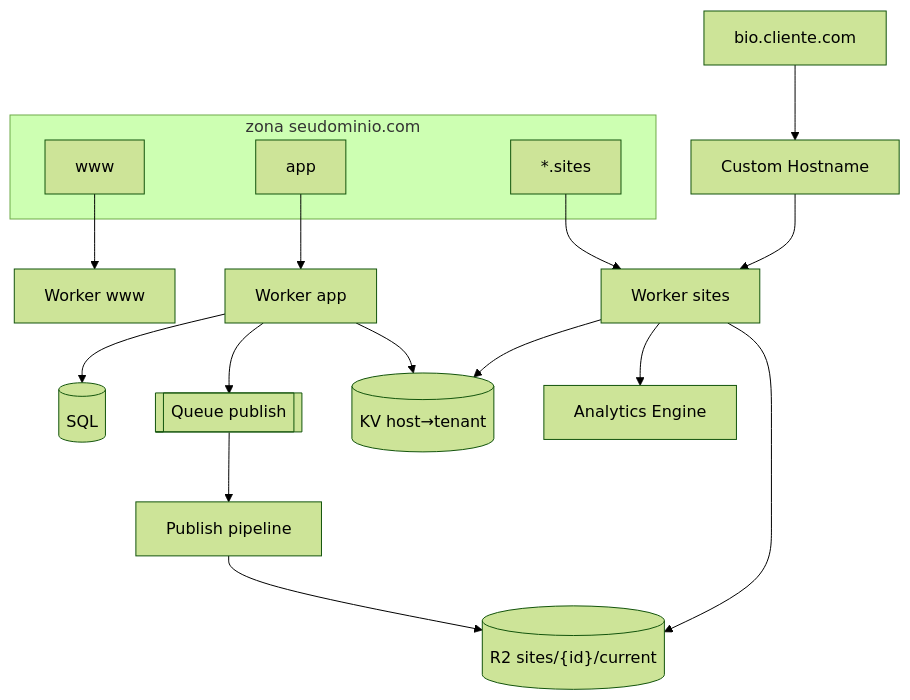
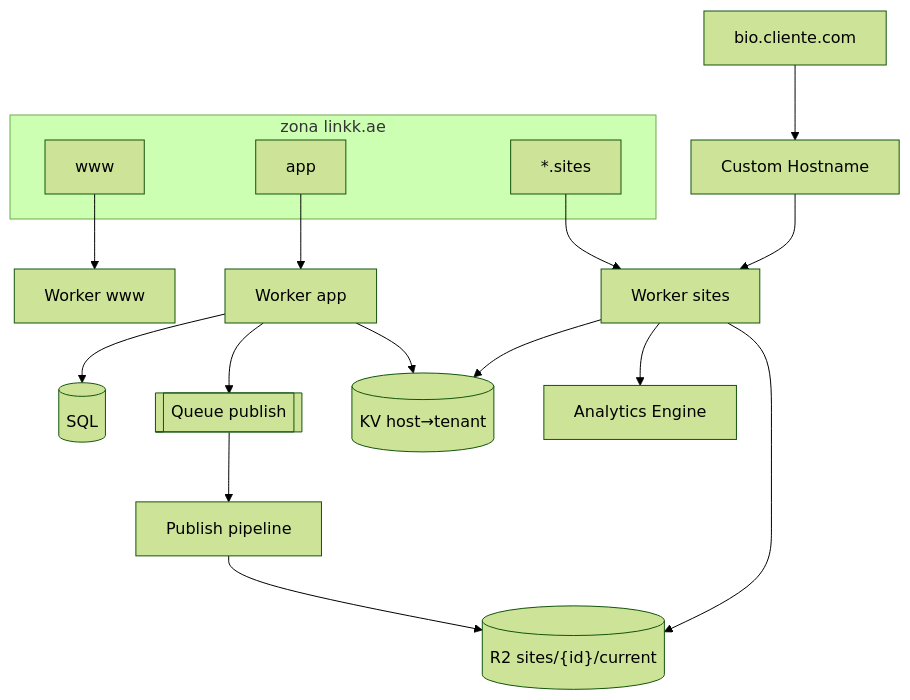
The first of 4 diagrams in docs/cloudflare-infra.md (Jorge-William/link-na-bio), drawn with Mermaid (forest theme) before and after one commit. The commit also changed other lines of this file and 59 other files, not shown here.

````diff
--- a/docs/cloudflare-infra.md
+++ b/docs/cloudflare-infra.md
@@ -16,23 +16,23 @@
 ```mermaid
 flowchart TB
-  subgraph dns["zona seudominio.com"]
+  subgraph dns["zona linkk.ae"]
     WWW["www"]
     APP["app"]
     SITES["*.sites"]
   end
 
   WWW --> Wwww["Worker www"]
   APP --> Wapp["Worker app"]
   SITES --> Wsites["Worker sites"]
   Custom["bio.cliente.com"] --> SaaS["Custom Hostname"]
   SaaS --> Wsites
 
   Wapp --> DB[(SQL)]
   Wapp --> Q[[Queue publish]]
   Wapp --> KV[(KV host→tenant)]
   Q --> Render["Publish pipeline"]
   Render --> R2[("R2 sites/{id}/current")]
   Wsites --> KV
   Wsites --> R2
   Wsites --> AE[Analytics Engine]
 ```
````
